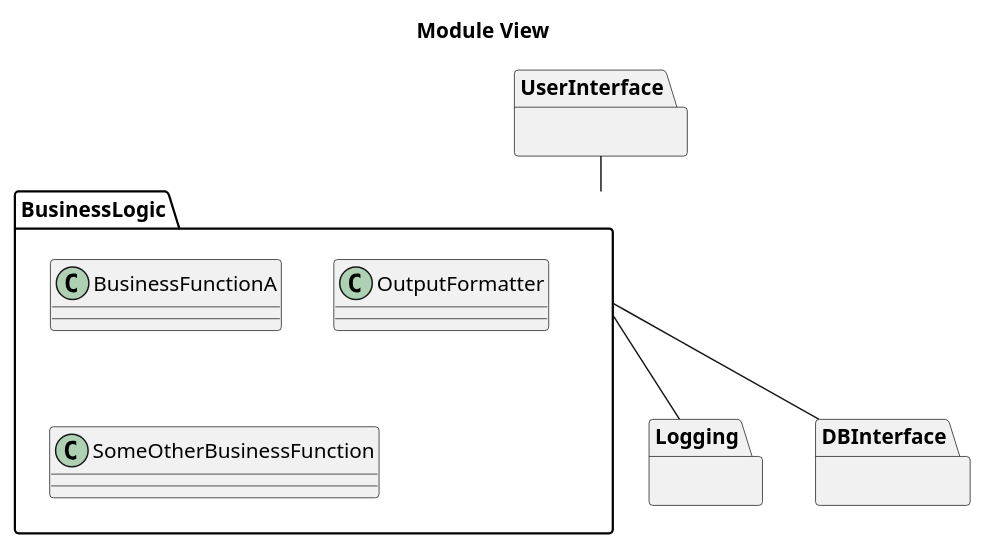
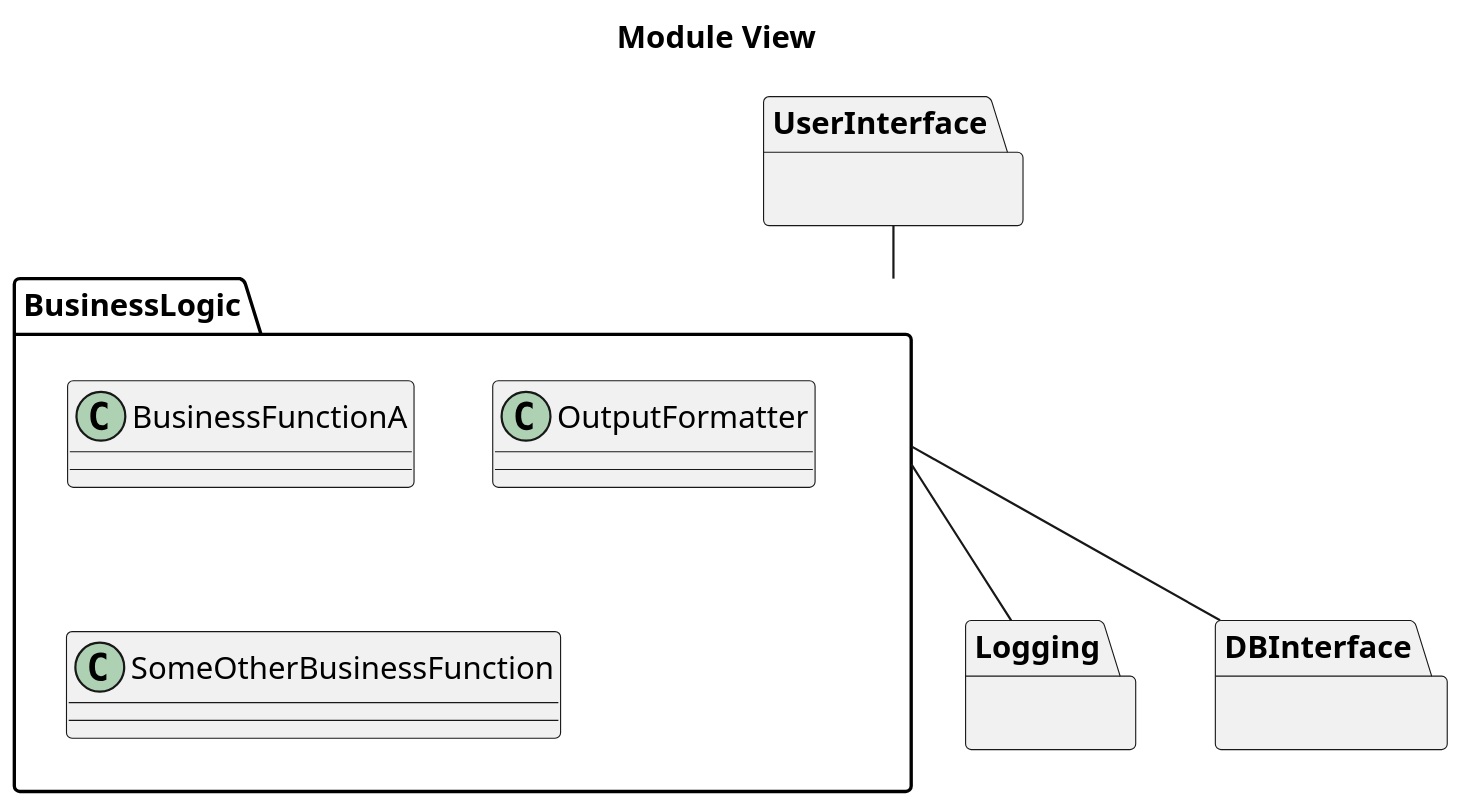
Before and after one commit to bth-dipt-teaching/PA1458-OO-Design: the second of 3 diagrams in Lectures/12-Packages.org, drawn with PlantUML. The commit also changed other lines of this file and 2 other files, not shown here.

```diff
--- a/Lectures/12-Packages.org
+++ b/Lectures/12-Packages.org
@@ -44,22 +45,23 @@
 #+BEGIN_SRC plantuml :file FUML-Module.png
+scale 1.5
 title Module View
 package UserInterface {
 }
 
 package BusinessLogic {
 class BusinessFunctionA
 class OutputFormatter
 class SomeOtherBusinessFunction
 
 }
 
 package Logging {
 }
 
 package DBInterface {
 }
 
 UserInterface -- BusinessLogic
 BusinessLogic -- Logging
 BusinessLogic -- DBInterface
 #+END_SRC
```
